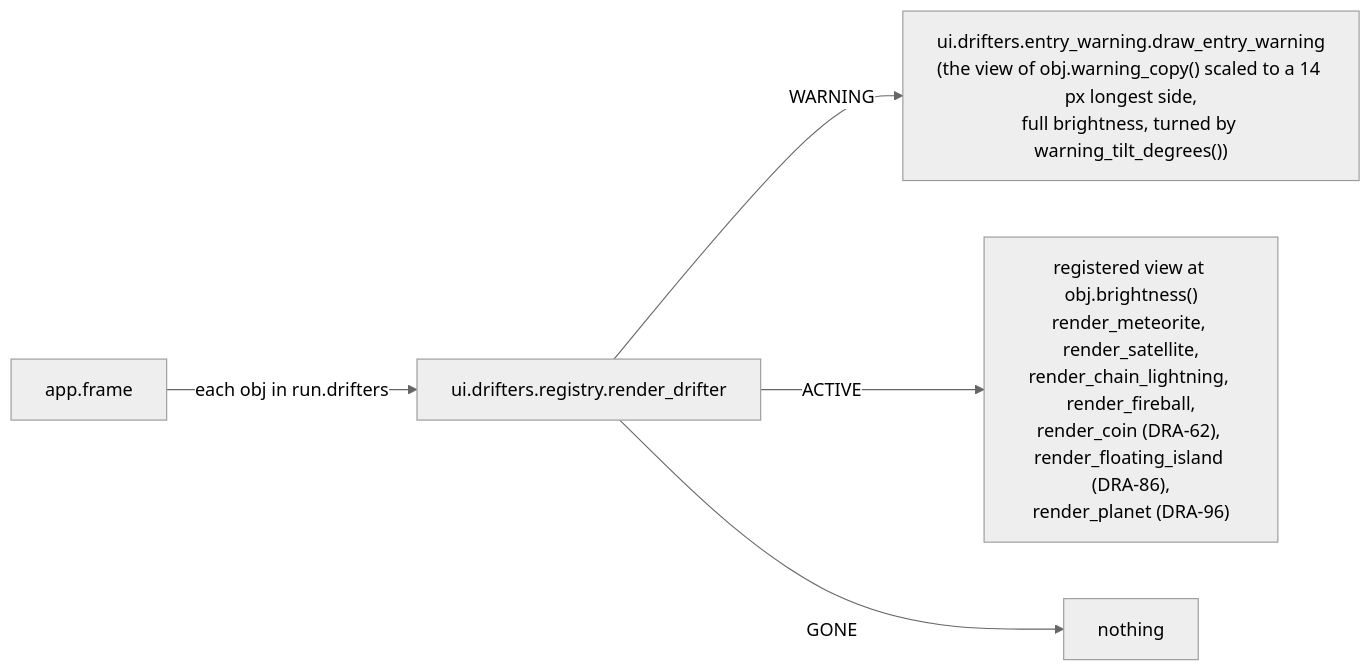
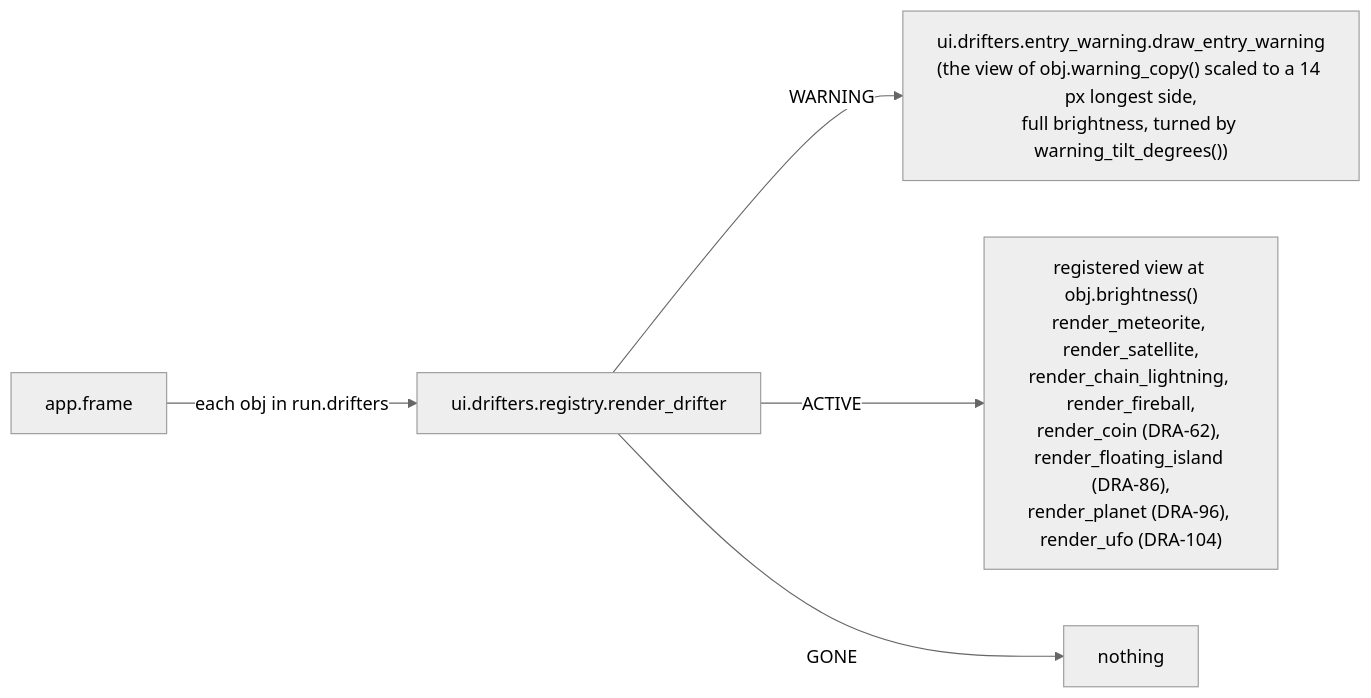
The seventh of 7 diagrams in docs/contracts/systems/drifters.md (david-mntl/driftward-ace), drawn with Mermaid (neutral theme) before and after one commit. The commit also changed other lines of this file and 13 other files, not shown here.

Commit message:
docs(contracts): add DRA-104 UFO tasks and tuning schema; update drifters, waves, run, app contracts and wave and debug spawn schemas

````diff
--- a/docs/contracts/systems/drifters.md
+++ b/docs/contracts/systems/drifters.md
@@ -403,7 +471,7 @@
 ```mermaid
 flowchart LR
   APP["app.frame"] -- "each obj in run.drifters" --> R["ui.drifters.registry.render_drifter"]
   R -- "WARNING" --> W["ui.drifters.entry_warning.draw_entry_warning<br/>(the view of obj.warning_copy() scaled to a 14 px longest side,<br/>full brightness, turned by warning_tilt_degrees())"]
-  R -- "ACTIVE" --> V["registered view at obj.brightness()<br/>render_meteorite, render_satellite,<br/>render_chain_lightning, render_fireball,<br/>render_coin (DRA-62), render_floating_island (DRA-86),<br/>render_planet (DRA-96)"]
+  R -- "ACTIVE" --> V["registered view at obj.brightness()<br/>render_meteorite, render_satellite,<br/>render_chain_lightning, render_fireball,<br/>render_coin (DRA-62), render_floating_island (DRA-86),<br/>render_planet (DRA-96), render_ufo (DRA-104)"]
   R -- "GONE" --> N["nothing"]
 ```
````
